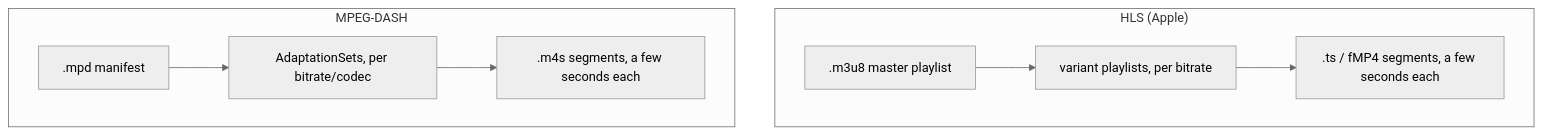
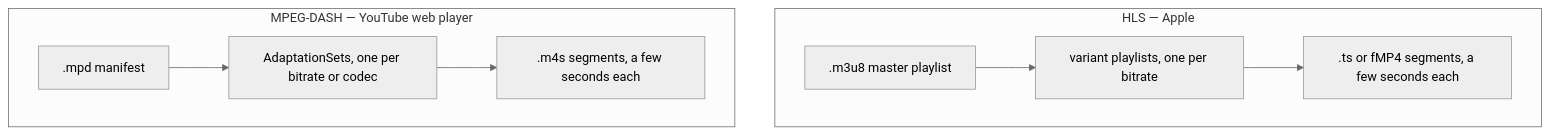
Before and after one commit to riyaz-pasha/Learnings: the seventh of 25 diagrams in system-design/HLD/0-course/26-Design YouTube-FAANG-Guide-story.md, drawn with Mermaid (neutral theme). The commit also changed other lines of this file and 1 other file, not shown here.

Commit message:
docs: simplify language and clean up mermaid diagrams in YouTube design guide

````diff
--- a/system-design/HLD/0-course/26-Design YouTube-FAANG-Guide-story.md
+++ b/system-design/HLD/0-course/26-Design YouTube-FAANG-Guide-story.md
@@ -142,11 +286,16 @@
 ```mermaid
 flowchart TB
-    subgraph HLS["HLS (Apple)"]
-        M1[".m3u8 master playlist"] --> V1["variant playlists, per bitrate"]
-        V1 --> S1[".ts / fMP4 segments, a few seconds each"]
+    subgraph HLS["HLS — Apple"]
+        M1[".m3u8 master playlist"]
+        V1["variant playlists, one per bitrate"]
+        S1[".ts or fMP4 segments, a few seconds each"]
+        M1 --> V1 --> S1
     end
-    subgraph DASH["MPEG-DASH"]
-        M2[".mpd manifest"] --> V2["AdaptationSets, per bitrate/codec"]
-        V2 --> S2[".m4s segments, a few seconds each"]
+
+    subgraph DASH["MPEG-DASH — YouTube web player"]
+        M2[".mpd manifest"]
+        V2["AdaptationSets, one per bitrate or codec"]
+        S2[".m4s segments, a few seconds each"]
+        M2 --> V2 --> S2
     end
 ```
````
